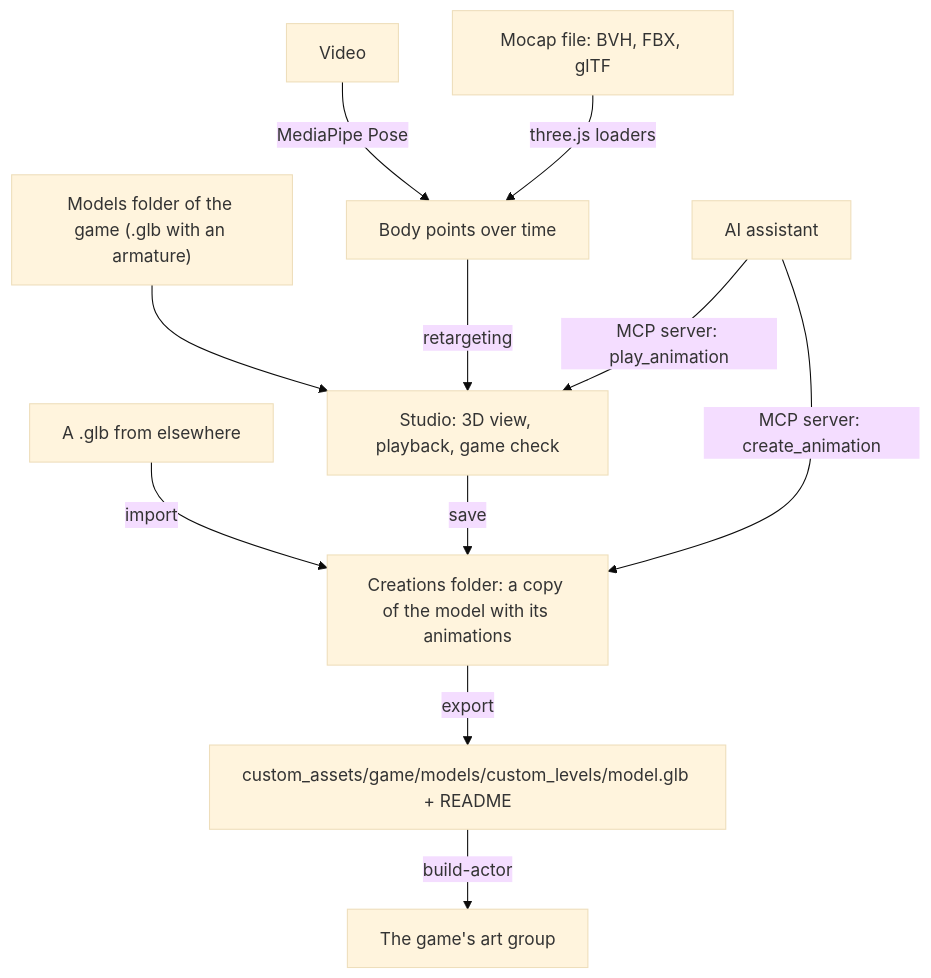
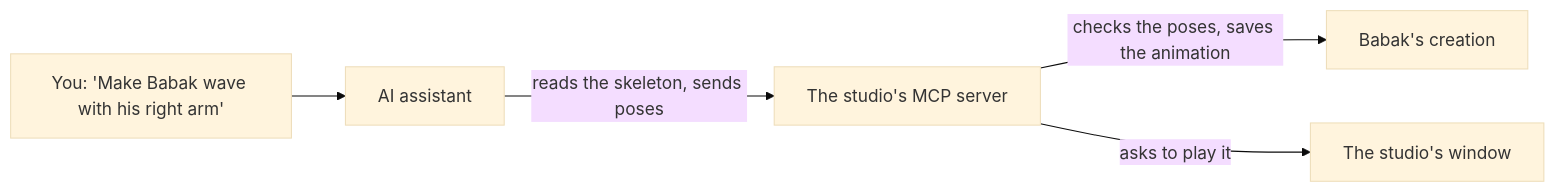
One commit to whozghiar/jak-animation-studio changed the diagram in README.md. Above: the diagram before and after it, drawn with Mermaid (base theme). The commit also changed other lines of this file and 14 other files, not shown here.

````diff
--- a/README.md
+++ b/README.md
@@ -71,13 +48,7 @@
 ```mermaid
-flowchart TD
-  A["Models folder of the game (.glb with an armature)"] --> B["Studio: 3D view, playback, game check"]
-  I["A .glb from elsewhere"] -->|"import"| C
-  V["Video"] -->|"MediaPipe Pose"| P["Body points over time"]
-  M["Mocap file: BVH, FBX, glTF"] -->|"three.js loaders"| P
-  P -->|"retargeting"| B
-  B -->|"save"| C["Creations folder: a copy of the model with its animations"]
-  AI["AI assistant"] -->|"MCP server: create_animation"| C
-  AI -->|"MCP server: play_animation"| B
-  C -->|"export"| J["custom_assets/game/models/custom_levels/model.glb + README"]
-  J -->|"build-actor"| G["The game's art group"]
+flowchart LR
+  You["You: 'Make Babak wave with his right arm'"] --> AI["AI assistant"]
+  AI -->|"reads the skeleton, sends poses"| MCP["The studio's MCP server"]
+  MCP -->|"checks the poses, saves the animation"| C["Babak's creation"]
+  MCP -->|"asks to play it"| S["The studio's window"]
 ```
````
